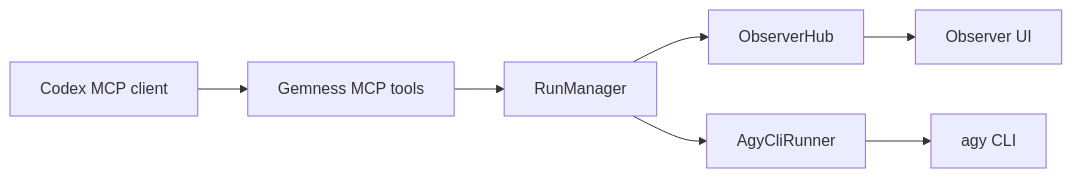
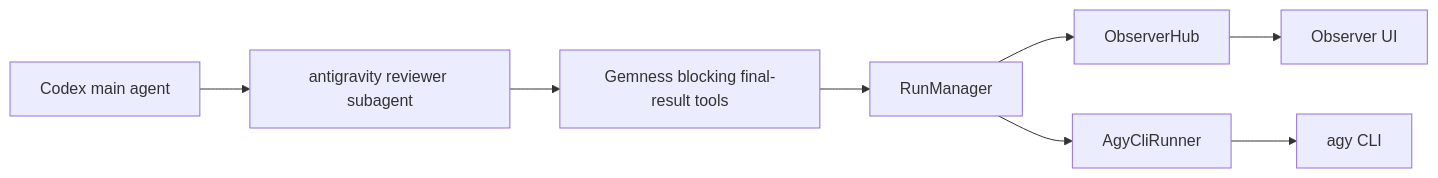
The diagram in docs/antigravity-observer.md (jisoq/gemness), drawn with Mermaid before and after one commit. The commit also changed other lines of this file and 17 other files, not shown here.

Commit message:
Route Antigravity reviews through subagent flow

````diff
--- a/docs/antigravity-observer.md
+++ b/docs/antigravity-observer.md
@@ -7,9 +7,10 @@
 ```mermaid
 flowchart LR
-  Codex["Codex MCP client"] --> Tools["Gemness MCP tools"]
+  Main["Codex main agent"] --> Reviewer["antigravity reviewer subagent"]
+  Reviewer --> Tools["Gemness blocking final-result tools"]
   Tools --> Manager["RunManager"]
   Manager --> Hub["ObserverHub"]
   Manager --> Runner["AgyCliRunner"]
   Runner --> Agy["agy CLI"]
   Hub --> Web["Observer UI"]
 ```
````
